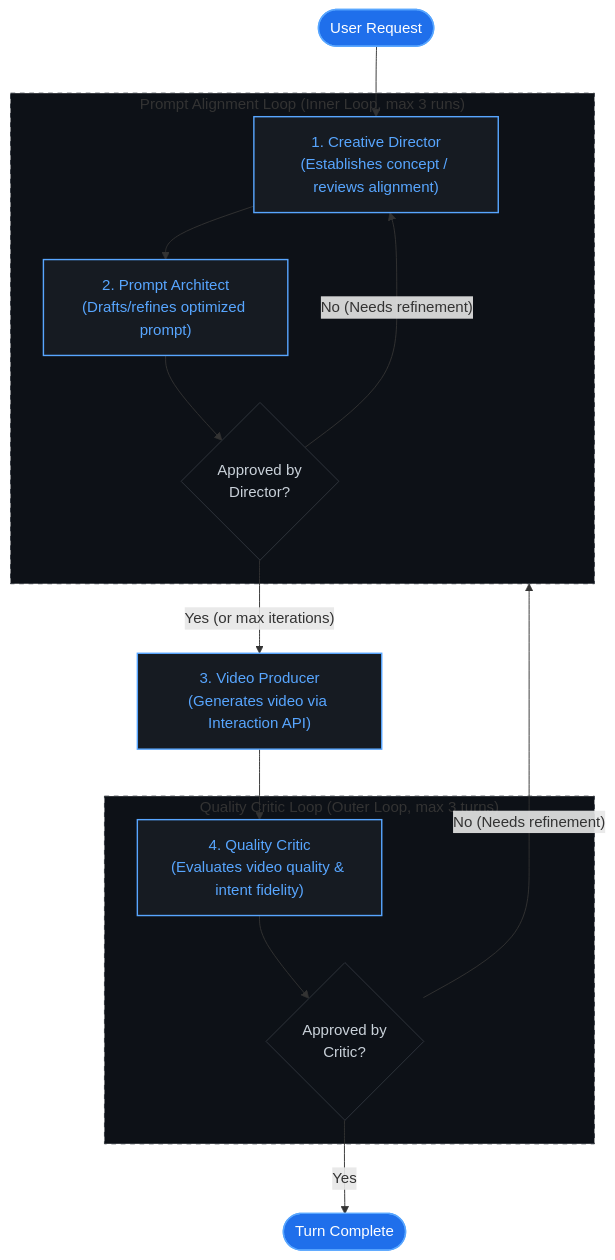
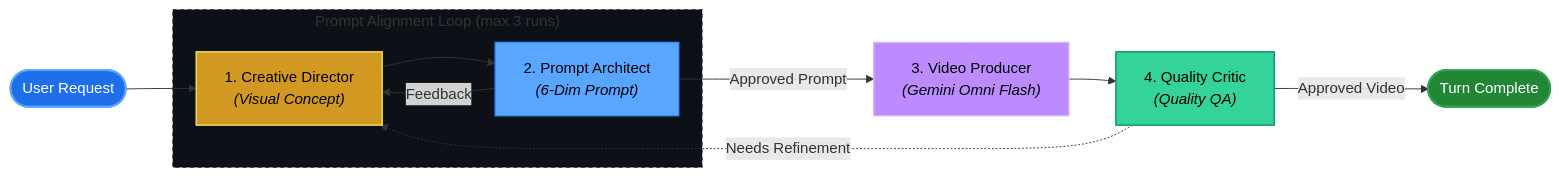
The second of 2 diagrams in README.md (jggomez/vibe-video-gemini-omni), drawn with Mermaid before and after one commit.

Commit message:
docs: redesign pipeline workflow diagram to horizontal layout (LR)

````diff
--- a/README.md
+++ b/README.md
@@ -72,43 +72,34 @@
 ```mermaid
-flowchart TD
-    %% Node Definitions
+flowchart LR
+    %% Nodes
     Start([User Request])
+    Director["1. Creative Director<br><i>(Visual Concept)</i>"]
+    Architect["2. Prompt Architect<br><i>(6-Dim Prompt)</i>"]
+    Producer["3. Video Producer<br><i>(Gemini Omni Flash)</i>"]
+    Critic["4. Quality Critic<br><i>(Quality QA)</i>"]
+    Done([Turn Complete])
+
+    %% Flow Connections
+    Start --> Director
     
-    subgraph InnerLoop ["Prompt Alignment Loop (Inner Loop, max 3 runs)"]
-        Director["1. Creative Director\n(Establishes concept / reviews alignment)"]
-        Architect["2. Prompt Architect\n(Drafts/refines optimized prompt)"]
-        VerifyPrompt{"Approved by\nDirector?"}
-        
+    subgraph InnerLoop ["Prompt Alignment Loop (max 3 runs)"]
         Director --> Architect
-        Architect --> VerifyPrompt
-        VerifyPrompt -- "No (Needs refinement)" --> Director
+        Architect -->|Feedback| Director
     end
 
-    Producer["3. Video Producer\n(Generates video via Interaction API)"]
+    Architect -->|Approved Prompt| Producer
+    Producer --> Critic
     
-    subgraph OuterLoop ["Quality Critic Loop (Outer Loop, max 3 turns)"]
-        Critic["4. Quality Critic\n(Evaluates video quality & intent fidelity)"]
-        VerifyQuality{"Approved by\nCritic?"}
-        
-        Critic --> VerifyQuality
-    end
+    Critic -->|Approved Video| Done
+    Critic -.->|Needs Refinement| Director
 
-    Done([Turn Complete])
-
-    %% Transitions
-    Start --> Director
-    VerifyPrompt -- "Yes (or max iterations)" --> Producer
-    Producer --> Critic
-    VerifyQuality -- "No (Needs refinement)" --> InnerLoop
-    VerifyQuality -- "Yes" --> Done
-
-    %% Styles
-    classDef default fill:#0D1117,stroke:#30363d,color:#c9d1d9,stroke-width:1px;
-    classDef highlight fill:#161b22,stroke:#58a6ff,color:#58a6ff,stroke-width:1.5px;
-    classDef loopBorder fill:#0d1117,stroke:#30363d,stroke-width:1px,stroke-dasharray: 5 5;
-    classDef terminal fill:#1f6feb,stroke:#58a6ff,color:#ffffff,stroke-width:1.5px;
+    %% Design Themes (High Contrast for GitHub Light/Dark)
+    style Start fill:#1f6feb,stroke:#58a6ff,color:#ffffff,stroke-width:2px
+    style Done fill:#238636,stroke:#2ea44f,color:#ffffff,stroke-width:2px
+    style Director fill:#d29922,stroke:#f1e05a,color:#000000,stroke-width:1.5px
+    style Architect fill:#58a6ff,stroke:#388bfd,color:#000000,stroke-width:1.5px
+    style Producer fill:#bc8cff,stroke:#d8b4fe,color:#000000,stroke-width:1.5px
+    style Critic fill:#34d399,stroke:#059669,color:#000000,stroke-width:1.5px
     
-    class InnerLoop,OuterLoop loopBorder;
-    class Director,Architect,Producer,Critic highlight;
-    class Start,Done terminal;
+    style InnerLoop fill:#0d1117,stroke:#30363d,stroke-width:1px,stroke-dasharray: 4 4
 ```
````
